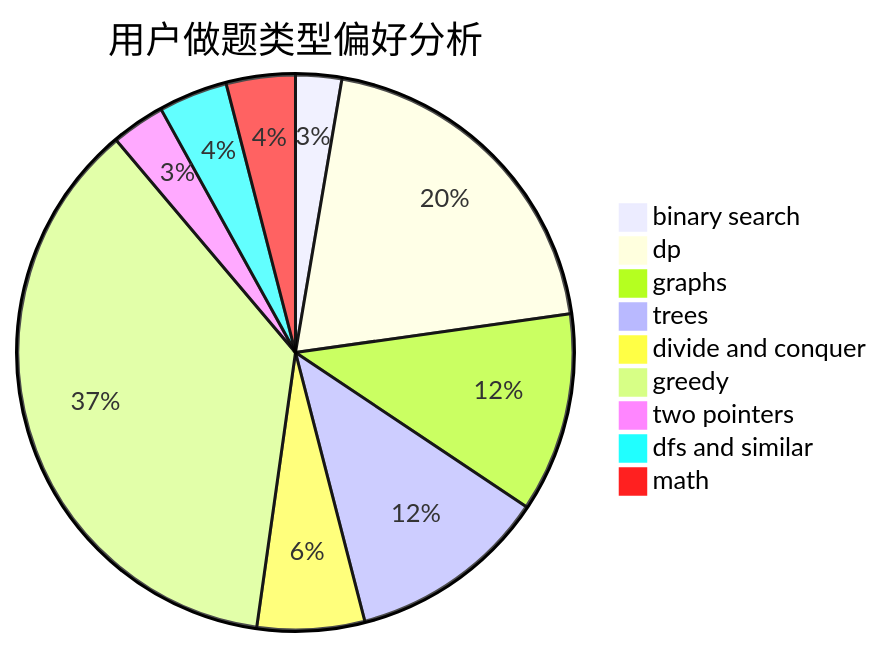
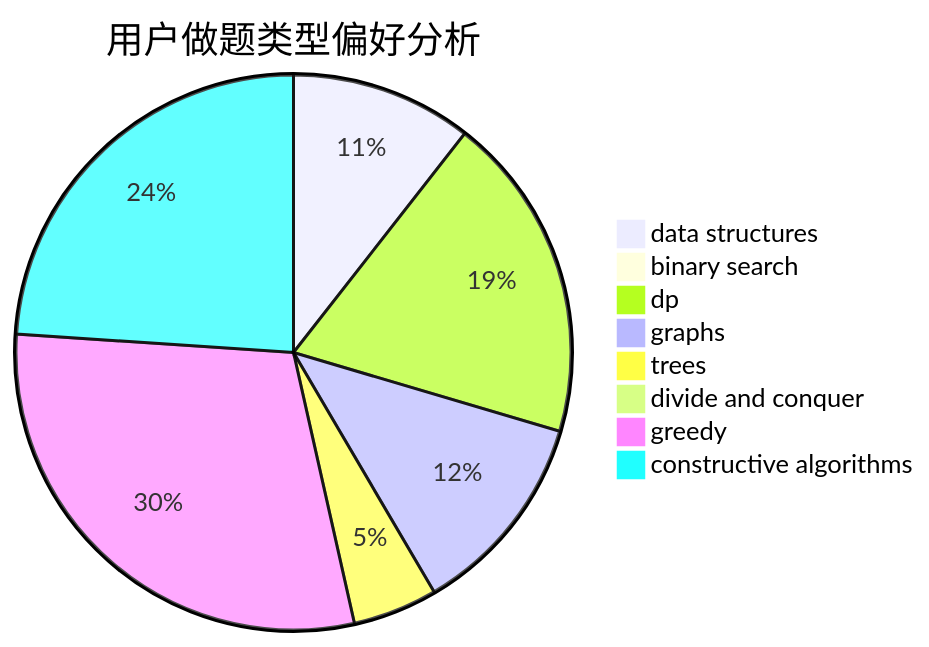
Before and after one commit to sherpahu/cfrs.github.io: the second of 3 diagrams in docs/user/u2082.md, drawn with Mermaid. The commit also changed other lines of this file and 2775 other files, not shown here.

````diff
--- a/docs/user/u2082.md
+++ b/docs/user/u2082.md
@@ -23,12 +23,11 @@
 ```mermaid
 pie title 用户做题类型偏好分析
-    "binary search" :  6
-    "dp" :  45
-    "graphs" :  26
-    "trees" :  26
-    "divide and conquer" :  14
-    "greedy" :  82
-    "two pointers" :  7
-    "dfs and similar" :  9
-    "math" :  9
+    "data structures" :  15
+    "binary search" :  0
+    "dp" :  27
+    "graphs" :  17
+    "trees" :  7
+    "divide and conquer" :  0
+    "greedy" :  42
+    "constructive algorithms" :  34
 ```
````
